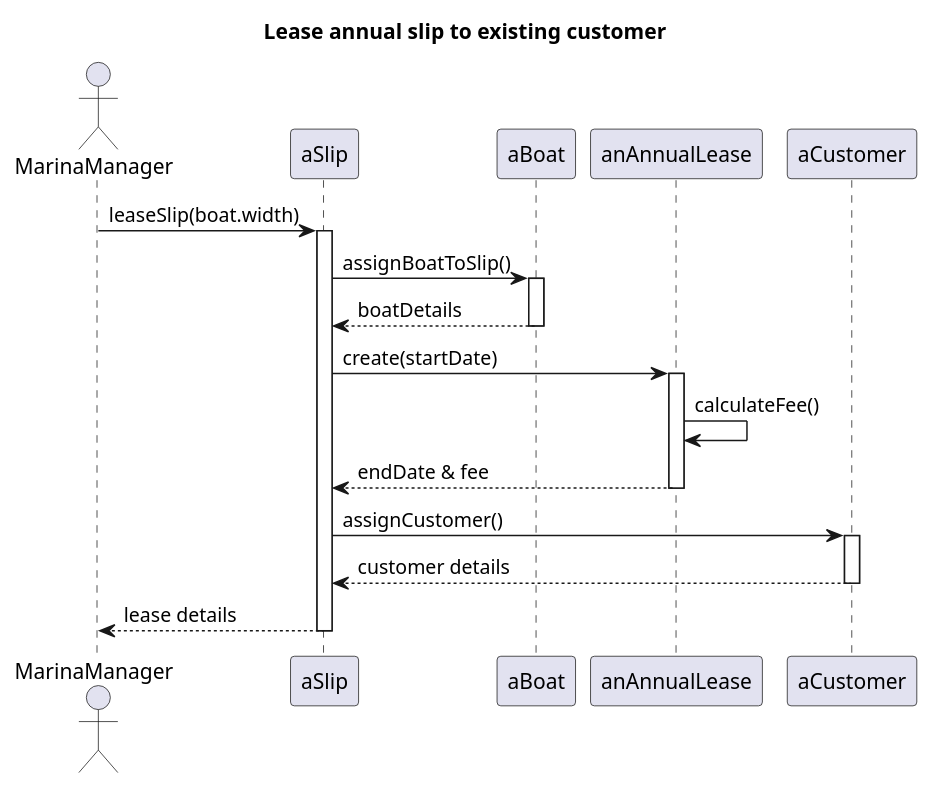
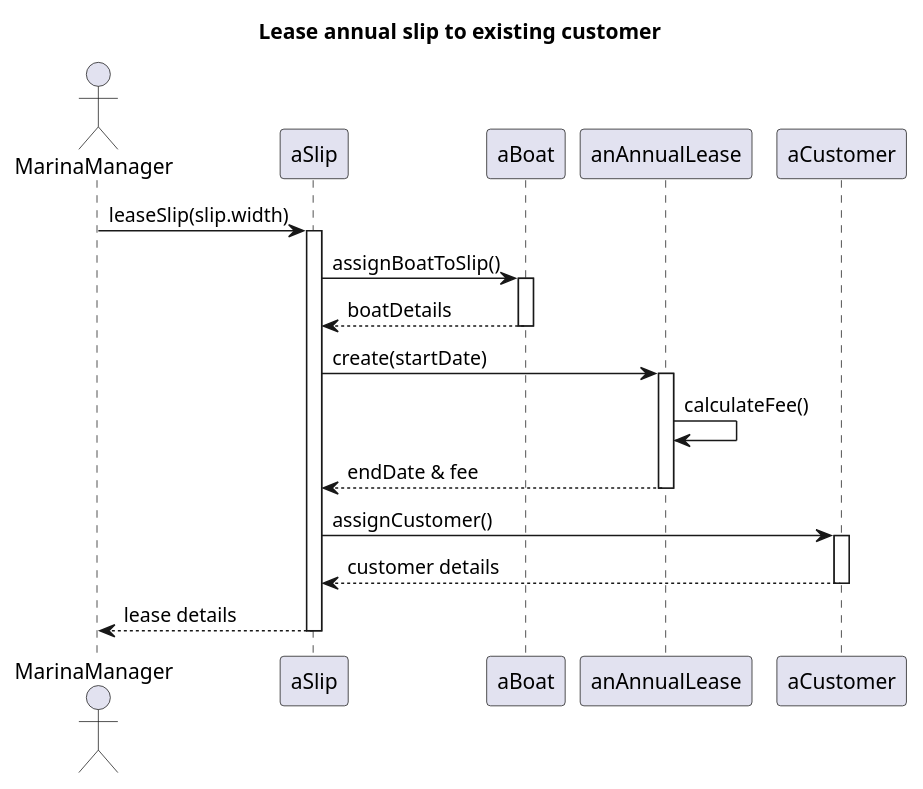
Before and after one commit to Ying-LUO/Java2_Assignment2: the diagram in Plant_UML/Sequence_Diagram_02.puml, drawn with PlantUML. The commit also changed 8 other files, not shown here.

```diff
--- a/Plant_UML/Sequence_Diagram_02.puml
+++ b/Plant_UML/Sequence_Diagram_02.puml
@@ -1,31 +1,31 @@
 @startuml 
 
 title Lease annual slip to existing customer
 actor MarinaManager
 
 participant aSlip 
 participant aBoat 
 
-MarinaManager -> aSlip : leaseSlip(boat.width)
+MarinaManager -> aSlip : leaseSlip(slip.width)
 activate aSlip
 
 aSlip -> aBoat : assignBoatToSlip()
 activate aBoat
 aBoat --> aSlip : boatDetails
 deactivate aBoat
 
 aSlip -> anAnnualLease : create(startDate)
 activate anAnnualLease
 anAnnualLease -> anAnnualLease : calculateFee()
 anAnnualLease --> aSlip : endDate & fee
 deactivate anAnnualLease
 
 aSlip -> aCustomer : assignCustomer()
 activate aCustomer
 aCustomer --> aSlip : customer details
 deactivate aCustomer
 
 aSlip --> MarinaManager : lease details
 deactivate aSlip
 
 @enduml
```
